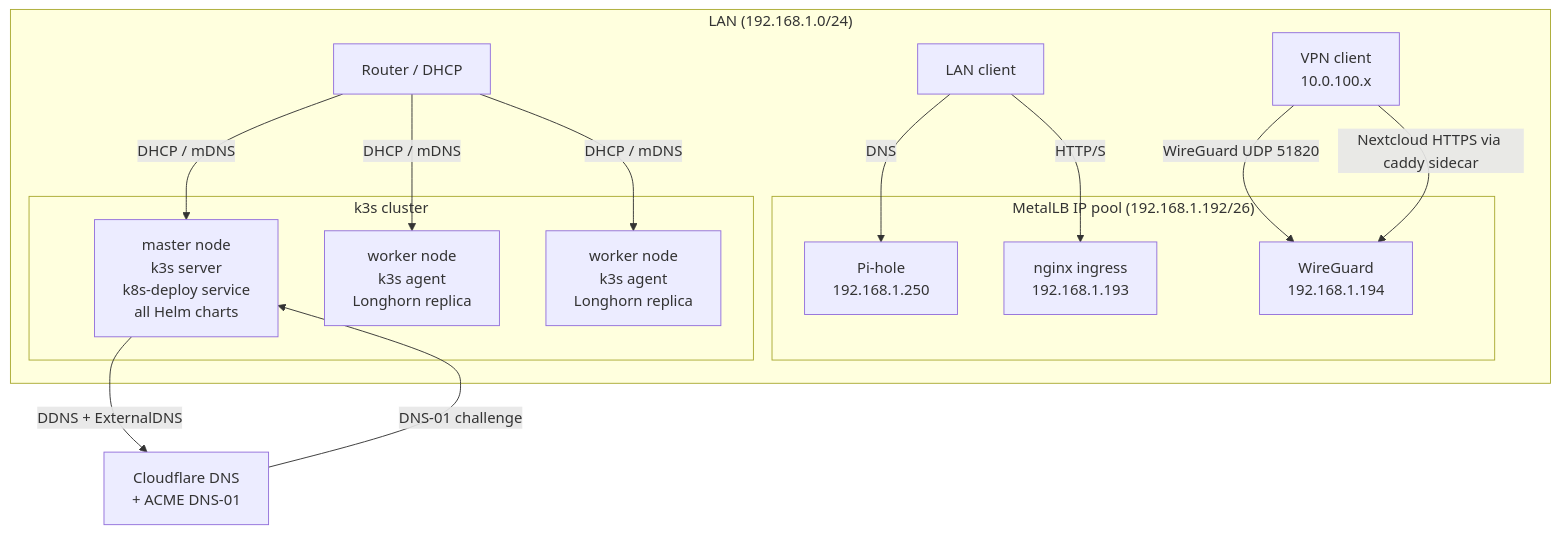
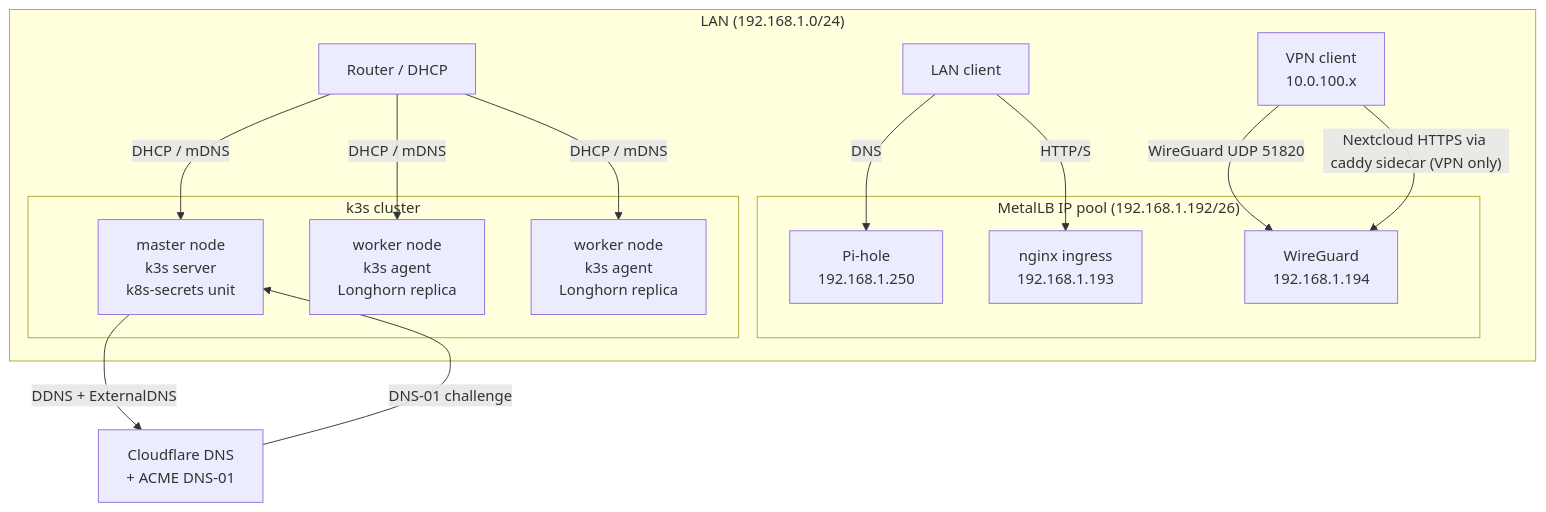
Before and after one commit to thatbagu/nixlab: the first of 2 diagrams in docs/architecture.md, drawn with Mermaid. The commit also changed other lines of this file and 10 other files, not shown here.

````diff
--- a/docs/architecture.md
+++ b/docs/architecture.md
@@ -7,29 +7,29 @@
 ```mermaid
 graph TD
     subgraph LAN["LAN (192.168.1.0/24)"]
         Router["Router / DHCP"]
         subgraph Cluster["k3s cluster"]
-            Master["master node\nk3s server\nk8s-deploy service\nall Helm charts"]
+            Master["master node\nk3s server\nk8s-secrets unit"]
             Worker1["worker node\nk3s agent\nLonghorn replica"]
             Worker2["worker node\nk3s agent\nLonghorn replica"]
         end
         subgraph MetalLB["MetalLB IP pool (192.168.1.192/26)"]
             PiholeIP["Pi-hole\n192.168.1.250"]
             WgIP["WireGuard\n192.168.1.194"]
             NginxIP["nginx ingress\n192.168.1.193"]
         end
         Client["LAN client"]
         VPNClient["VPN client\n10.0.100.x"]
     end
     Cloudflare["Cloudflare DNS\n+ ACME DNS-01"]
 
     Router -->|"DHCP / mDNS"| Master
     Router -->|"DHCP / mDNS"| Worker1
     Router -->|"DHCP / mDNS"| Worker2
     Client -->|"DNS"| PiholeIP
     Client -->|"HTTP/S"| NginxIP
     VPNClient -->|"WireGuard UDP 51820"| WgIP
-    VPNClient -->|"Nextcloud HTTPS via caddy sidecar"| WgIP
+    VPNClient -->|"Nextcloud HTTPS via caddy sidecar (VPN only)"| WgIP
     Master -->|"DDNS + ExternalDNS"| Cloudflare
     Cloudflare -->|"DNS-01 challenge"| Master
 ```
````
